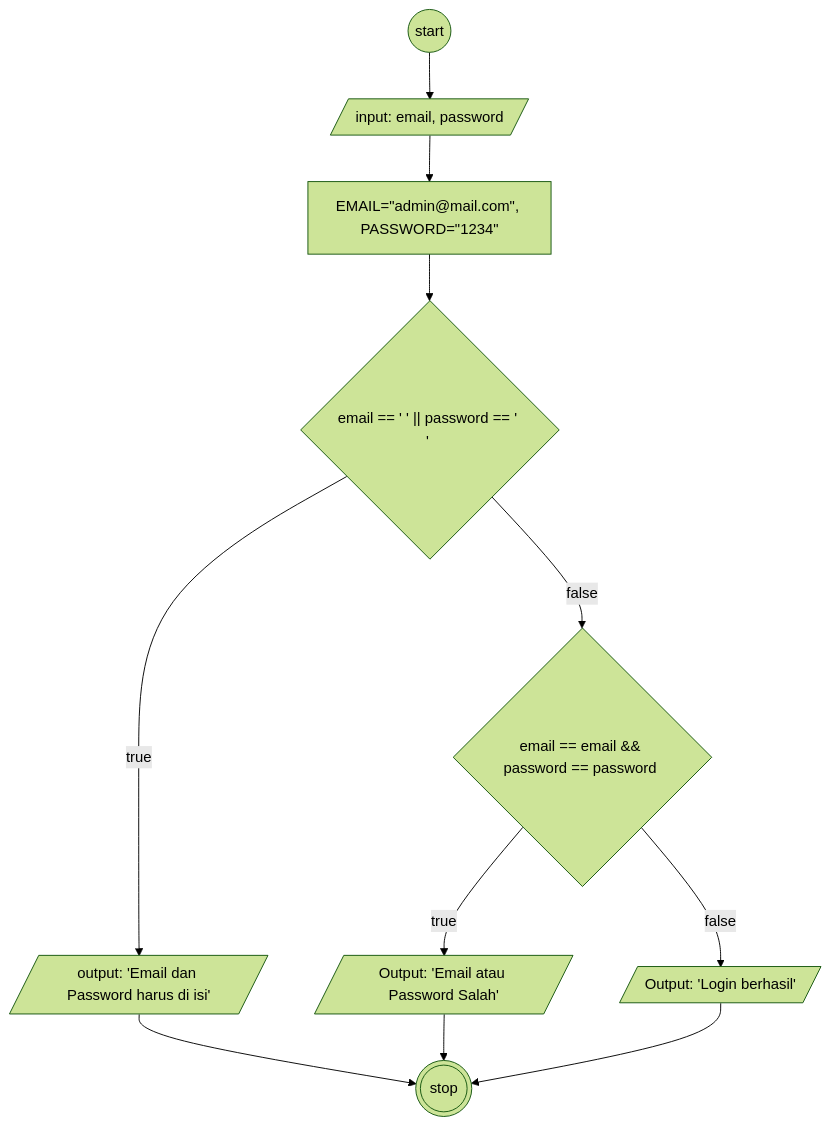
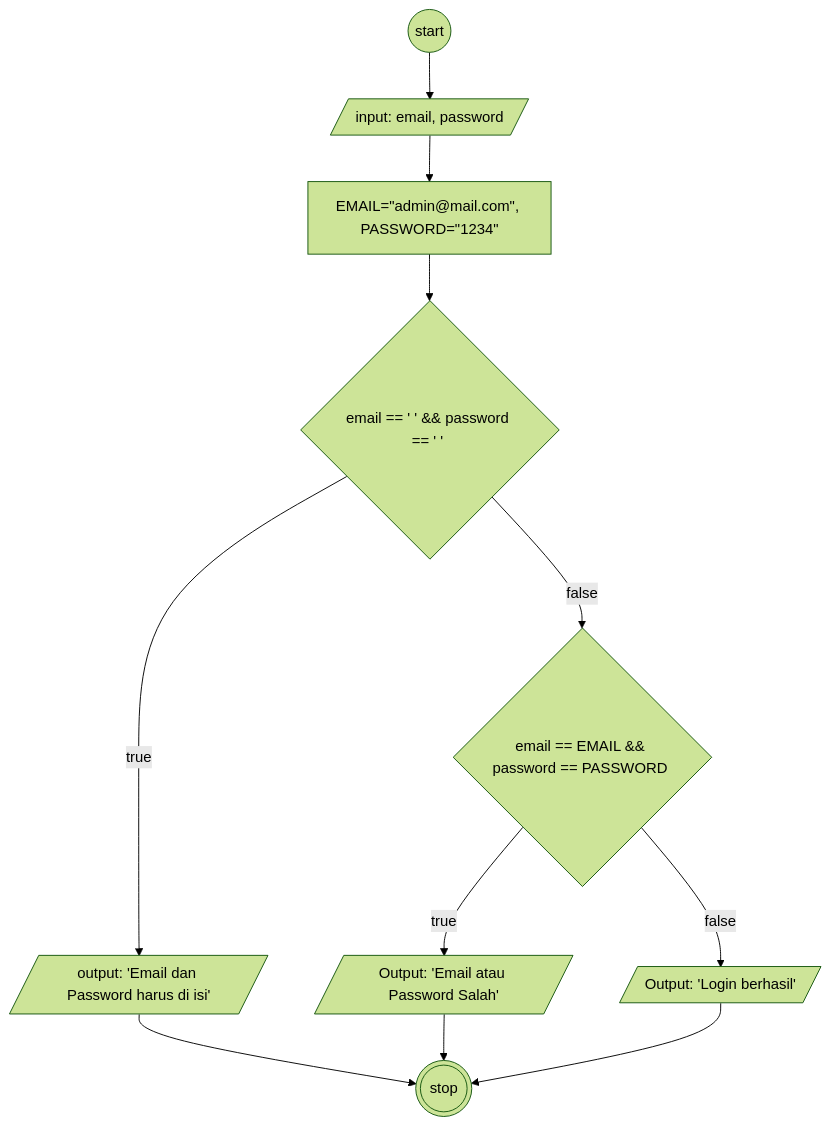
Before and after one commit to AbiPasundan/koda-b6-algoritma: the diagram in flowchart-email-password.md, drawn with Mermaid (forest theme).

````diff
--- a/flowchart-email-password.md
+++ b/flowchart-email-password.md
@@ -11,19 +11,19 @@
 ```mermaid
 flowchart TB
  A@{ shape: circ, label: "start"} 
  B@{ shape: lean-r, label: "input: email, password"}
  C@{ shape: rect, label: 'EMAIL="admin@mail.com", PASSWORD="1234"'}
- D@{ shape: diamond, label: "email == ' ' || password == ' ' "}
+ D@{ shape: diamond, label: "email == ' ' && password == ' ' "}
  X@{ shape: lean-r, label: "output: 'Email dan Password harus di isi'"}
- E@{ shape: diamond , label: "email == email && password == password "}
+ E@{ shape: diamond , label: "email == EMAIL && password == PASSWORD "}
  F@{ shape: lean-r, label: "Output: 'Login berhasil'"}
  G@{ shape: lean-r, label: "Output: 'Email atau Password Salah'"}
  Z@{ shape: dbl-circ, label: "stop"}
 
 
 A-->B-->C-->D
 D-->|true|X-->Z
 D-->|false|E
 E-->|true|G-->Z
 E-->|false|F-->Z
 ```
````
